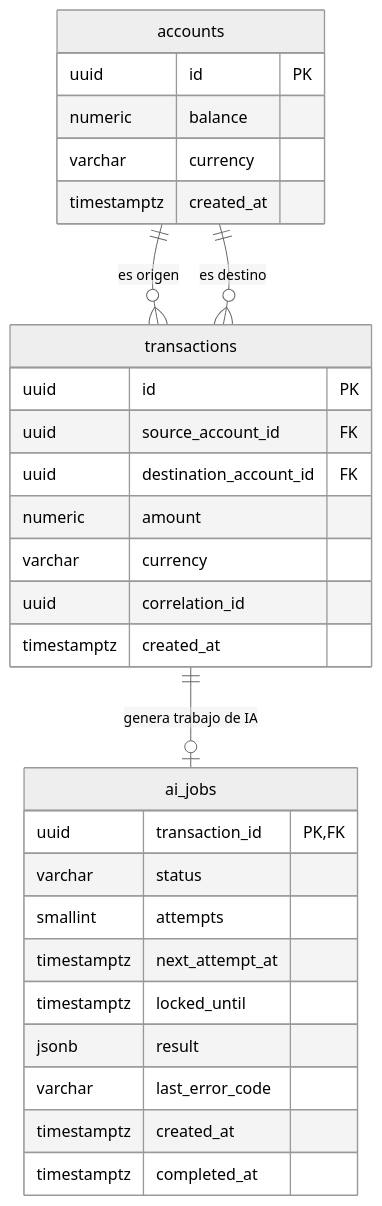
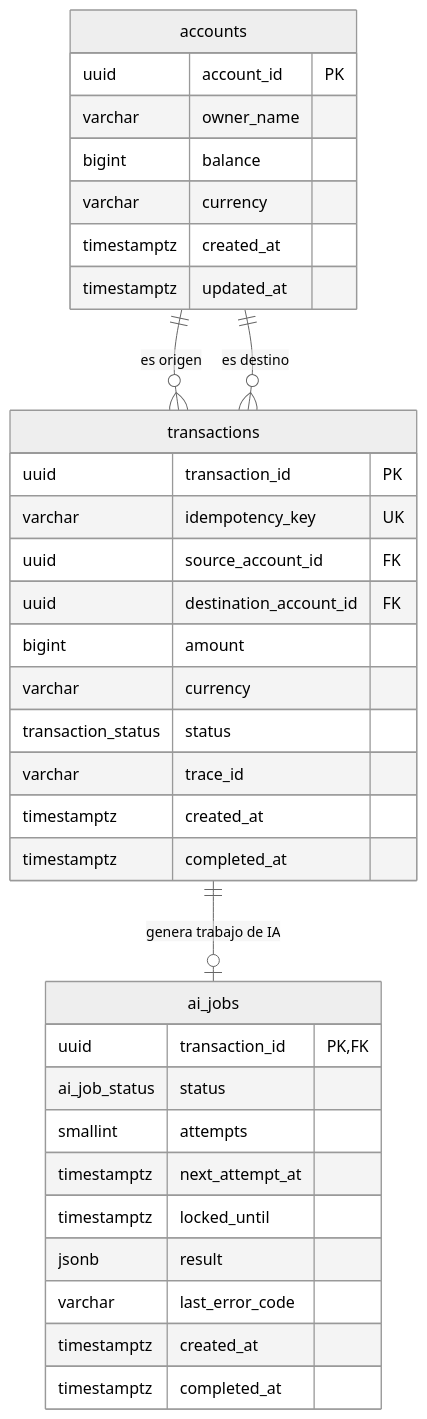
The second of 2 diagrams in docs/design-document.md (Demonkinng/reto-tecnico-nextgen), drawn with Mermaid (neutral theme) before and after one commit. The commit also changed other lines of this file and 24 other files, not shown here.

````diff
--- a/docs/design-document.md
+++ b/docs/design-document.md
@@ -33,32 +42,37 @@
 ```mermaid
 erDiagram
     accounts ||--o{ transactions : "es origen"
     accounts ||--o{ transactions : "es destino"
     transactions ||--o| ai_jobs : "genera trabajo de IA"
     accounts {
-        uuid id PK
-        numeric balance
+        uuid account_id PK
+        varchar owner_name
+        bigint balance
         varchar currency
         timestamptz created_at
+        timestamptz updated_at
     }
     transactions {
-        uuid id PK
+        uuid transaction_id PK
+        varchar idempotency_key UK
         uuid source_account_id FK
         uuid destination_account_id FK
-        numeric amount
+        bigint amount
         varchar currency
-        uuid correlation_id
+        transaction_status status
+        varchar trace_id
         timestamptz created_at
+        timestamptz completed_at
     }
     ai_jobs {
         uuid transaction_id PK,FK
-        varchar status
+        ai_job_status status
         smallint attempts
         timestamptz next_attempt_at
         timestamptz locked_until
         jsonb result
         varchar last_error_code
         timestamptz created_at
         timestamptz completed_at
     }
 ```
````
